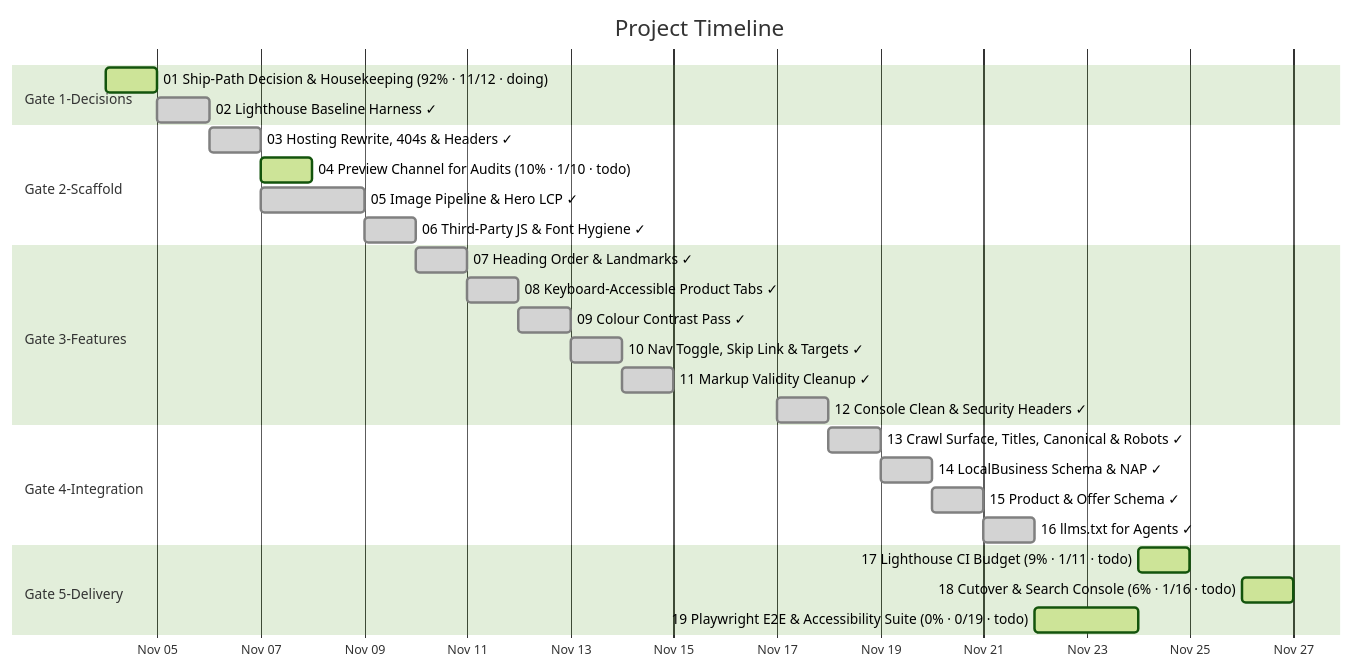
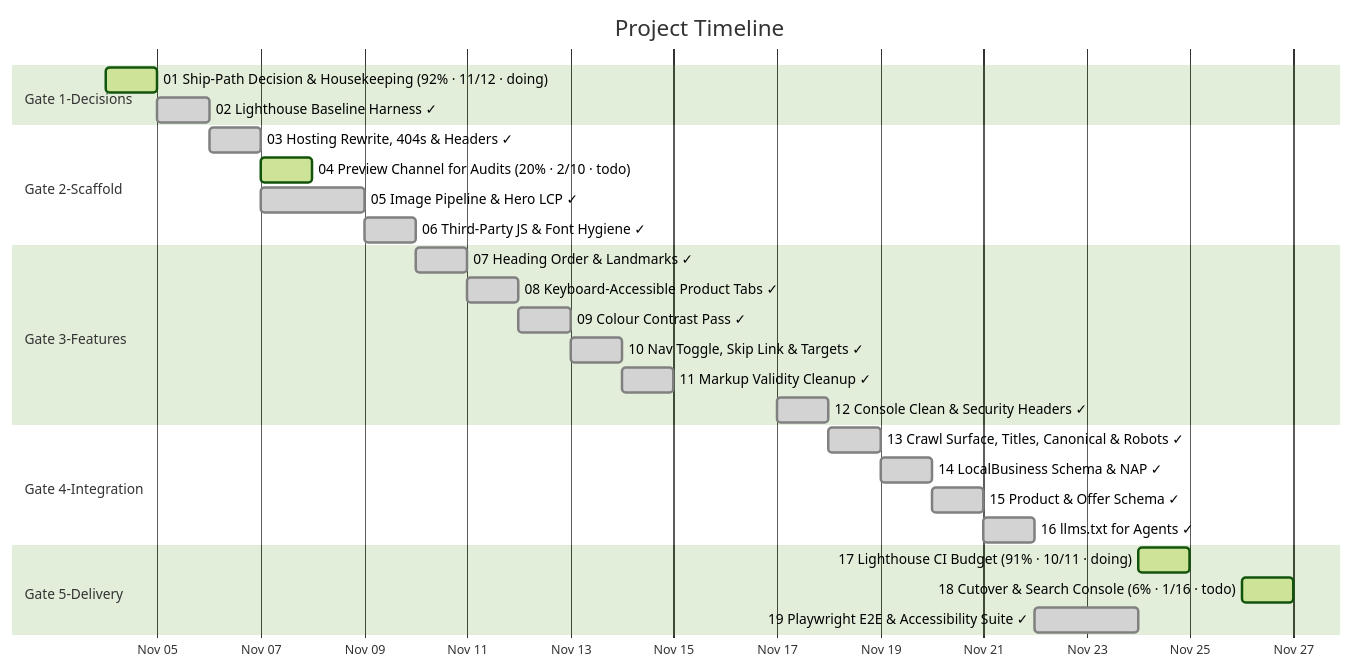
One commit to matterattetatte/esmia-v5 changed the diagram in docs/diagrams/task-gantt.md. Above: the diagram before and after it, drawn with Mermaid (forest theme). The commit also changed other lines of this file and 17 other files, not shown here.

Commit message:
Complete Gate 5: Playwright + axe E2E suite, Lighthouse CI budget assertions, and GitHub Actions workflow (#6)

````diff
--- a/docs/diagrams/task-gantt.md
+++ b/docs/diagrams/task-gantt.md
@@ -27,31 +27,31 @@
 ```mermaid
 gantt
     title Project Timeline
     dateFormat  YYYY-MM-DD
     axisFormat  %b %d
 
     section Gate 1-Decisions
     01 Ship-Path Decision & Housekeeping (92% · 11/12 · doing) : active, 2026-11-04, 1d
     02 Lighthouse Baseline Harness ✓ : done, 2026-11-05, 1d
     section Gate 2-Scaffold
     03 Hosting Rewrite, 404s & Headers ✓ : done, 2026-11-06, 1d
-    04 Preview Channel for Audits (10% · 1/10 · todo) : active, 2026-11-07, 1d
+    04 Preview Channel for Audits (20% · 2/10 · todo) : active, 2026-11-07, 1d
     05 Image Pipeline & Hero LCP ✓ : done, 2026-11-07, 2d
     06 Third-Party JS & Font Hygiene ✓ : done, 2026-11-09, 1d
     section Gate 3-Features
     07 Heading Order & Landmarks ✓ : done, 2026-11-10, 1d
     08 Keyboard-Accessible Product Tabs ✓ : done, 2026-11-11, 1d
     09 Colour Contrast Pass ✓ : done, 2026-11-12, 1d
     10 Nav Toggle, Skip Link & Targets ✓ : done, 2026-11-13, 1d
     11 Markup Validity Cleanup ✓ : done, 2026-11-14, 1d
     12 Console Clean & Security Headers ✓ : done, 2026-11-17, 1d
     section Gate 4-Integration
     13 Crawl Surface, Titles, Canonical & Robots ✓ : done, 2026-11-18, 1d
     14 LocalBusiness Schema & NAP ✓ : done, 2026-11-19, 1d
     15 Product & Offer Schema ✓ : done, 2026-11-20, 1d
     16 llms.txt for Agents ✓ : done, 2026-11-21, 1d
     section Gate 5-Delivery
-    17 Lighthouse CI Budget (9% · 1/11 · todo) : active, 2026-11-24, 1d
+    17 Lighthouse CI Budget (91% · 10/11 · doing) : active, 2026-11-24, 1d
     18 Cutover & Search Console (6% · 1/16 · todo) : active, 2026-11-26, 1d
-    19 Playwright E2E & Accessibility Suite (0% · 0/19 · todo) : active, 2026-11-22, 2d
+    19 Playwright E2E & Accessibility Suite ✓ : done, 2026-11-22, 2d
 ```
````
